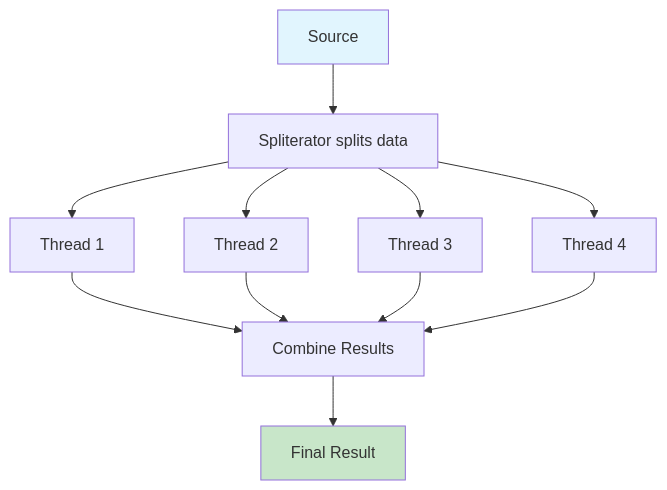
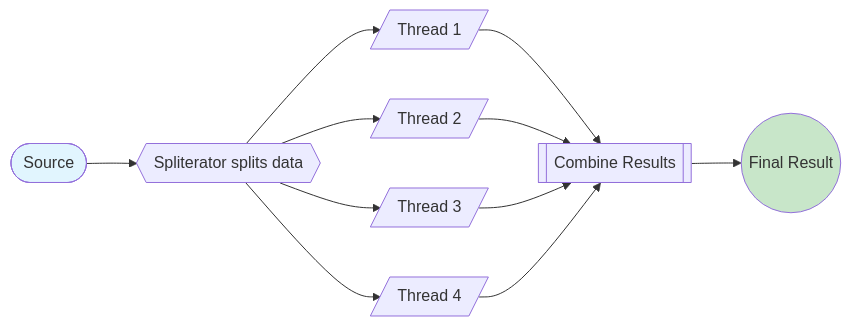
Before and after one commit to saivamsikaruturi/vamsilabs-dev-notes-main: the fourth of 4 diagrams in docs/java/FunctionalProgramming.md, drawn with Mermaid. The commit also changed other lines of this file and 146 other files, not shown here.

Commit message:
Horizontal diagrams, UML class diagrams, typography overhaul, and permalink cleanup

````diff
--- a/docs/java/FunctionalProgramming.md
+++ b/docs/java/FunctionalProgramming.md
@@ -357,9 +357,9 @@
 ```mermaid
-graph TD
-    S["Source"] --> SP["Spliterator splits data"]
-    SP --> T1["Thread 1"] & T2["Thread 2"] & T3["Thread 3"] & T4["Thread 4"]
-    T1 & T2 & T3 & T4 --> CM["Combine Results"]
-    CM --> R["Final Result"]
+flowchart LR
+    S(["Source"]) --> SP{{"Spliterator splits data"}}
+    SP --> T1[/"Thread 1"/] & T2[/"Thread 2"/] & T3[/"Thread 3"/] & T4[/"Thread 4"/]
+    T1 & T2 & T3 & T4 --> CM[["Combine Results"]]
+    CM --> R(("Final Result"))
     style S fill:#e1f5fe
     style R fill:#c8e6c9
 ```
````
